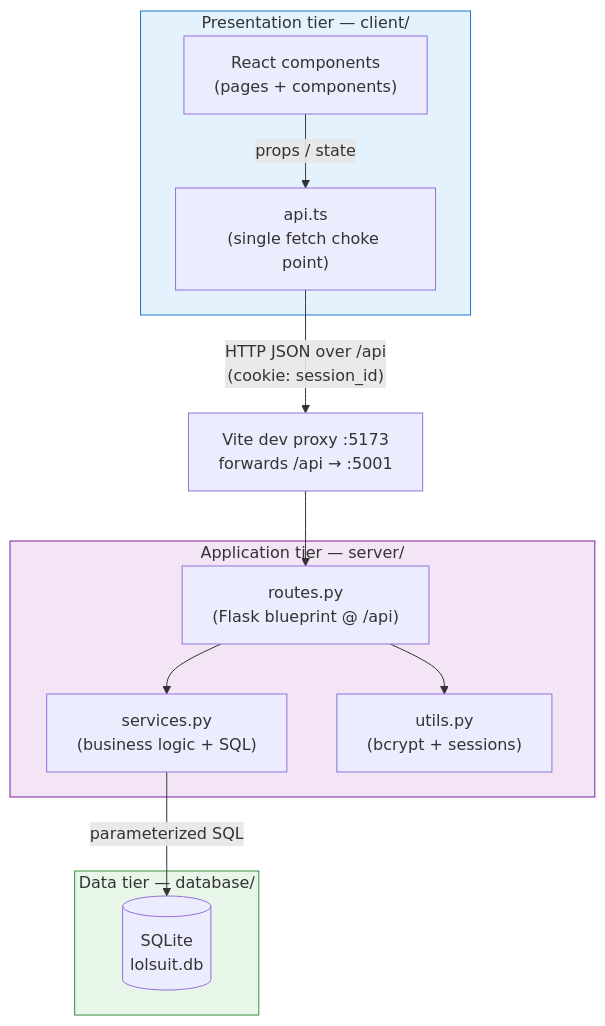
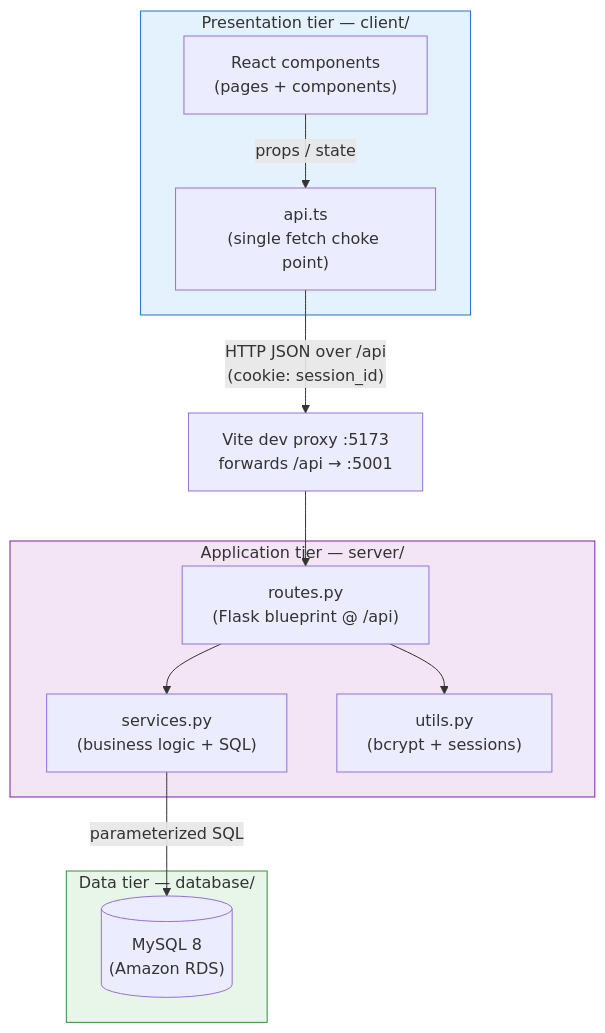
The diagram in docs/README.md (Avi-Lezerovich/fullstack-2026), drawn with Mermaid before and after one commit. The commit also changed other lines of this file and 8 other files, not shown here.

First line of the commit message:
Migrate database from SQLite to MySQL 8 (Amazon RDS) (#8)

````diff
--- a/docs/README.md
+++ b/docs/README.md
@@ -31,28 +31,28 @@
 ```mermaid
 flowchart TD
     subgraph Presentation["Presentation tier — client/"]
         UI["React components<br/>(pages + components)"]
         API["api.ts<br/>(single fetch choke point)"]
         UI -->|"props / state"| API
     end
 
     subgraph Application["Application tier — server/"]
         Routes["routes.py<br/>(Flask blueprint @ /api)"]
         Services["services.py<br/>(business logic + SQL)"]
         Auth["utils.py<br/>(bcrypt + sessions)"]
         Routes --> Services
         Routes --> Auth
     end
 
     subgraph Data["Data tier — database/"]
-        DB[("SQLite<br/>lolsuit.db")]
+        DB[("MySQL 8<br/>(Amazon RDS)")]
     end
 
     API -->|"HTTP JSON over /api<br/>(cookie: session_id)"| Vite
     Vite["Vite dev proxy :5173<br/>forwards /api → :5001"] --> Routes
     Services -->|"parameterized SQL"| DB
 
     style Presentation fill:#e3f2fd,stroke:#1976d2
     style Application fill:#f3e5f5,stroke:#7b1fa2
     style Data fill:#e8f5e9,stroke:#388e3c
 ```
````
